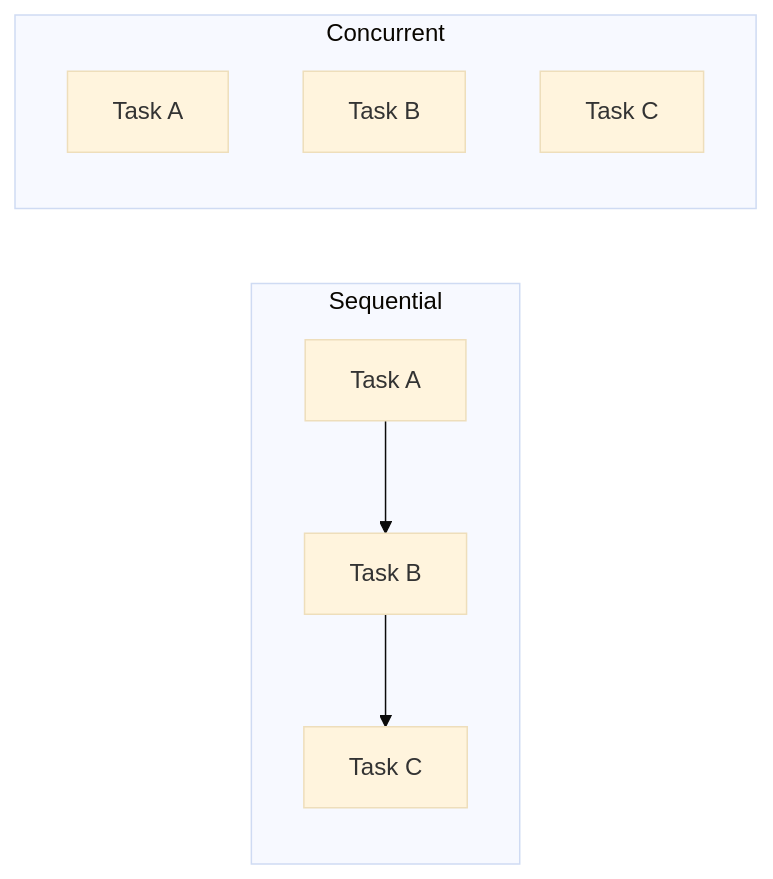
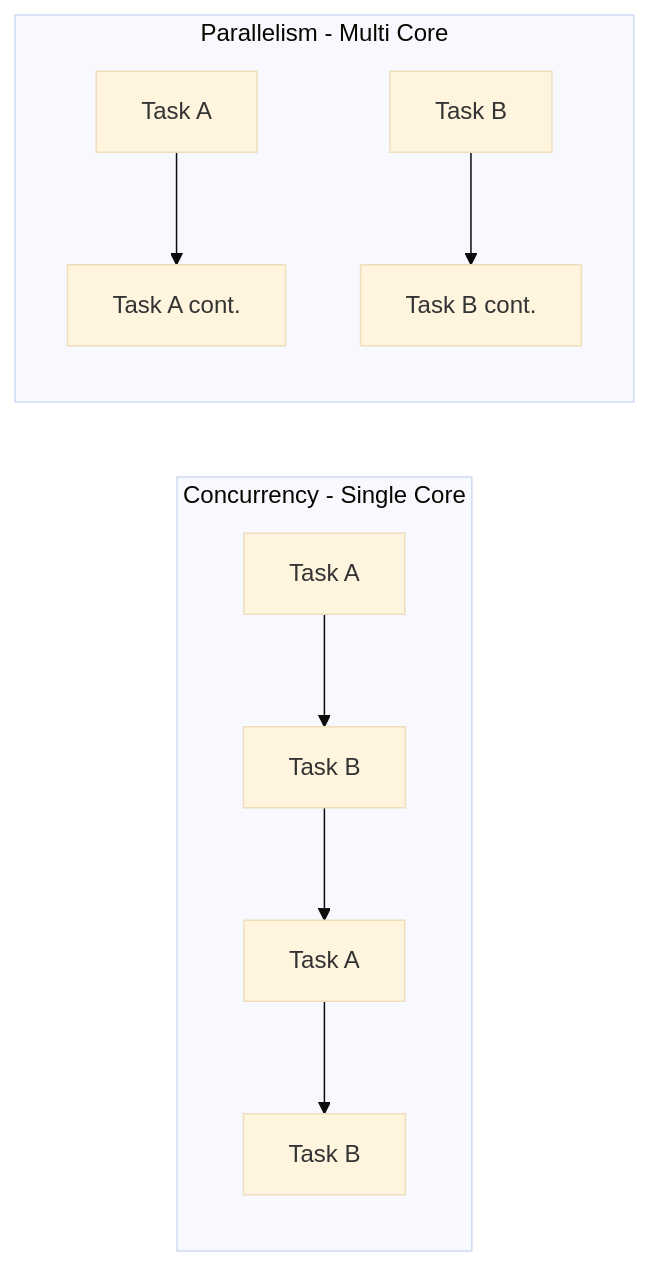
One commit to spawn08/system-design-interview changed the first of 4 diagrams in basics/concurrency.md. Above: the diagram before and after it, drawn with Mermaid (base theme). The commit also changed other lines of this file and 4 other files, not shown here.

````diff
--- a/basics/concurrency.md
+++ b/basics/concurrency.md
@@ -29,12 +64,12 @@
 ```mermaid
 flowchart LR
-    subgraph Sequential [Sequential]
-        A1[Task A] --> B1[Task B] --> C1[Task C]
+    subgraph Concurrent [Concurrency - Single Core]
+        C1[Task A] --> C2[Task B] --> C3[Task A] --> C4[Task B]
     end
     
-    subgraph Concurrent [Concurrent]
-        A2[Task A]
-        B2[Task B]
-        C2[Task C]
+    subgraph Parallel [Parallelism - Multi Core]
+        direction TB
+        P1[Task A] --> P2[Task A cont.]
+        P3[Task B] --> P4[Task B cont.]
     end
 ```
````
